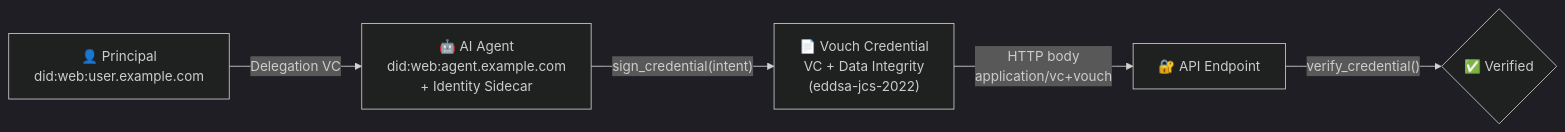
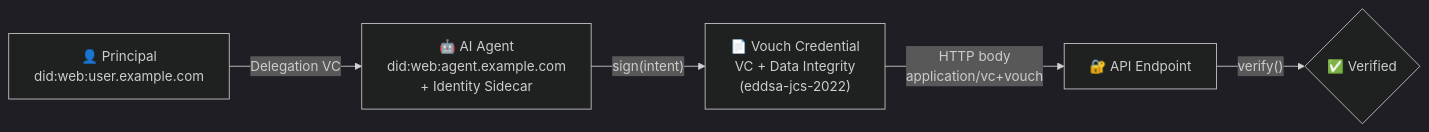
Before and after one commit to vouch-protocol/vouch: the first of 2 diagrams in README.md, drawn with Mermaid (dark theme). The commit also changed other lines of this file and 76 other files, not shown here.

First line of the commit message:
chore: update sign_credential/verify_credential references to sign/verify

````diff
--- a/README.md
+++ b/README.md
@@ -176,13 +175,13 @@
 ```mermaid
 flowchart LR
   P["👤 Principal<br/>did:web:user.example.com"]
   A["🤖 AI Agent<br/>did:web:agent.example.com<br/>+ Identity Sidecar"]
   C["📄 Vouch Credential<br/>VC + Data Integrity<br/>(eddsa-jcs-2022)"]
   API["🔐 API Endpoint"]
   V{"✅ Verified"}
 
   P -->|"Delegation VC"| A
-  A -->|"sign_credential(intent)"| C
+  A -->|"sign(intent)"| C
   C -->|"HTTP body<br/>application/vc+vouch"| API
-  API -->|"verify_credential()"| V
+  API -->|"verify()"| V
 ```
````
